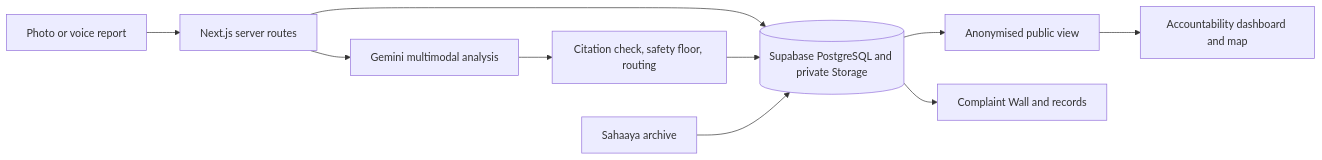
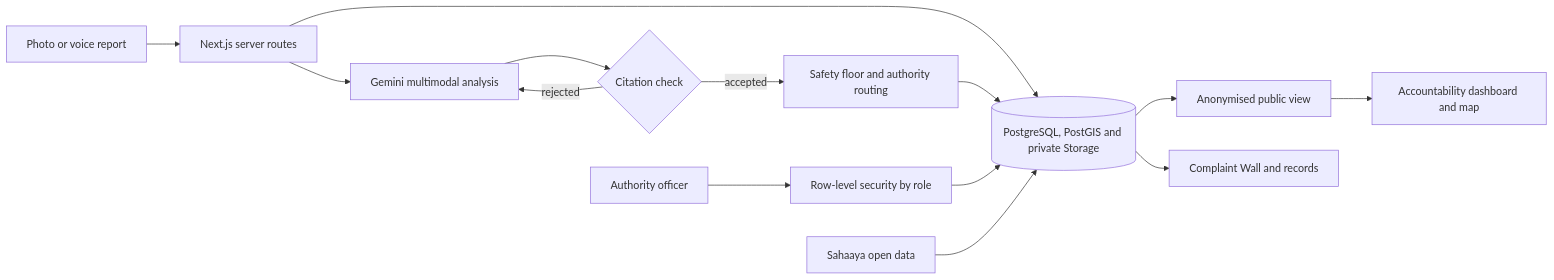
Before and after one commit to SaravananRamar06/civiclens-bengaluru: the diagram in README.md, drawn with Mermaid. The commit also changed other lines of this file and 1 other file, not shown here.

````diff
--- a/README.md
+++ b/README.md
@@ -70,12 +44,16 @@
 ```mermaid
 flowchart LR
   Resident[Photo or voice report] --> API[Next.js server routes]
-  API --> Store[(Supabase PostgreSQL and private Storage)]
+  API --> Store[(PostgreSQL, PostGIS and private Storage)]
   API --> Gemini[Gemini multimodal analysis]
-  Gemini --> Checks[Citation check, safety floor, routing]
-  Checks --> Store
+  Gemini --> Checks{Citation check}
+  Checks -- rejected --> Gemini
+  Checks -- accepted --> Rules[Safety floor and authority routing]
+  Rules --> Store
+  Officer[Authority officer] --> RLS[Row-level security by role]
+  RLS --> Store
   Store --> View[Anonymised public view]
   View --> Dashboard[Accountability dashboard and map]
-  Archive[Sahaaya archive] --> Store
+  Archive[Sahaaya open data] --> Store
   Store --> Wall[Complaint Wall and records]
 ```
````
